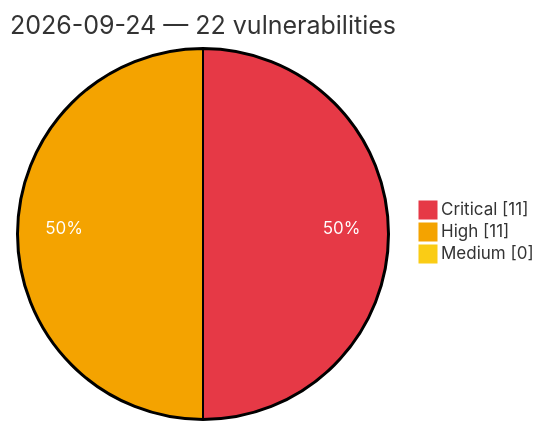
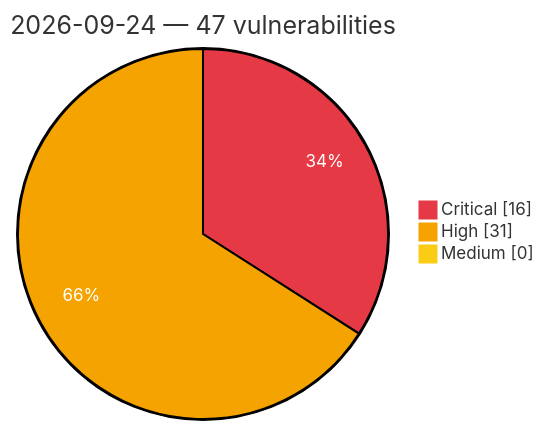
One commit to GhostX0X/vuln-tracker changed the diagram in vulnerabilities/2026/September/2026-09-24.md. Above: the diagram before and after it, drawn with Mermaid. The commit also changed other lines of this file and 5 other files, not shown here.

Commit message:
Auto update: critical/high vulns (2026-09-24 19:23 UTC)

````diff
--- a/vulnerabilities/2026/September/2026-09-24.md
+++ b/vulnerabilities/2026/September/2026-09-24.md
@@ -3,8 +3,8 @@
 ```mermaid
 %%{init: {'theme':'base', 'themeVariables': {'pie1':'#e63946', 'pie2':'#f4a300', 'pie3':'#facc15', 'pieOpacity':'1', 'pieOuterStrokeWidth':'2px', 'pieSectionTextColor':'#ffffff'}}}%%
 pie showData
-    title 2026-09-24 — 22 vulnerabilities
-    "Critical" : 11
-    "High" : 11
+    title 2026-09-24 — 47 vulnerabilities
+    "Critical" : 16
+    "High" : 31
     "Medium" : 0
 ```
````
